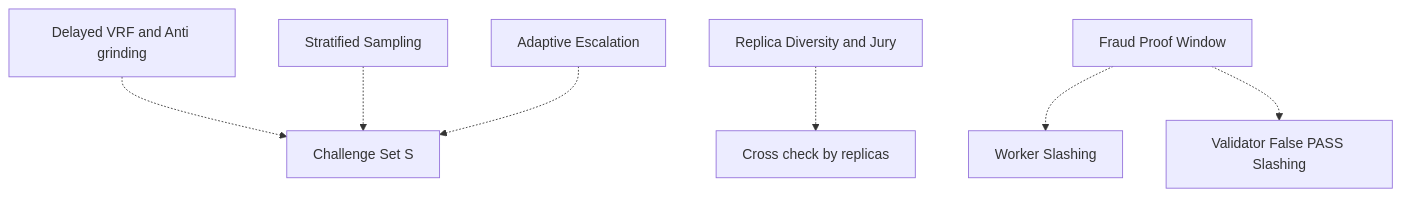
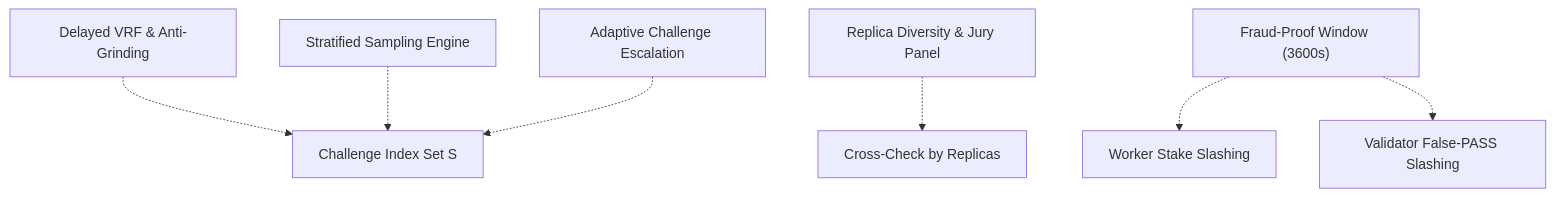
The seventh of 7 diagrams in docs/architecture/NAKHARAX_PROTOCOL.md (axionaxprotocol/nakharax), drawn with Mermaid before and after one commit. The commit also changed other lines of this file and 53 other files, not shown here.

````diff
--- a/docs/architecture/NAKHARAX_PROTOCOL.md
+++ b/docs/architecture/NAKHARAX_PROTOCOL.md
@@ -248,17 +216,17 @@
 ```mermaid
 flowchart TB
-    VRF["Delayed VRF and Anti grinding"]
-    Strat["Stratified Sampling"]
-    Adapt["Adaptive Escalation"]
-    Replica["Replica Diversity and Jury"]
-    FraudW["Fraud Proof Window"]
-    SlashW["Worker Slashing"]
-    SlashV["Validator False PASS Slashing"]
+    VRF["Delayed VRF & Anti-Grinding"]
+    Strat["Stratified Sampling Engine"]
+    Adapt["Adaptive Challenge Escalation"]
+    Replica["Replica Diversity & Jury Panel"]
+    FraudW["Fraud-Proof Window (3600s)"]
+    SlashW["Worker Stake Slashing"]
+    SlashV["Validator False-PASS Slashing"]
 
-    VRF -.-> Challenge["Challenge Set S"]
+    VRF -.-> Challenge["Challenge Index Set S"]
     Strat -.-> Challenge
     Adapt -.-> Challenge
-    Replica -.-> Verify["Cross check by replicas"]
+    Replica -.-> Verify["Cross-Check by Replicas"]
     FraudW -.-> SlashW
     FraudW -.-> SlashV
 ```
````
